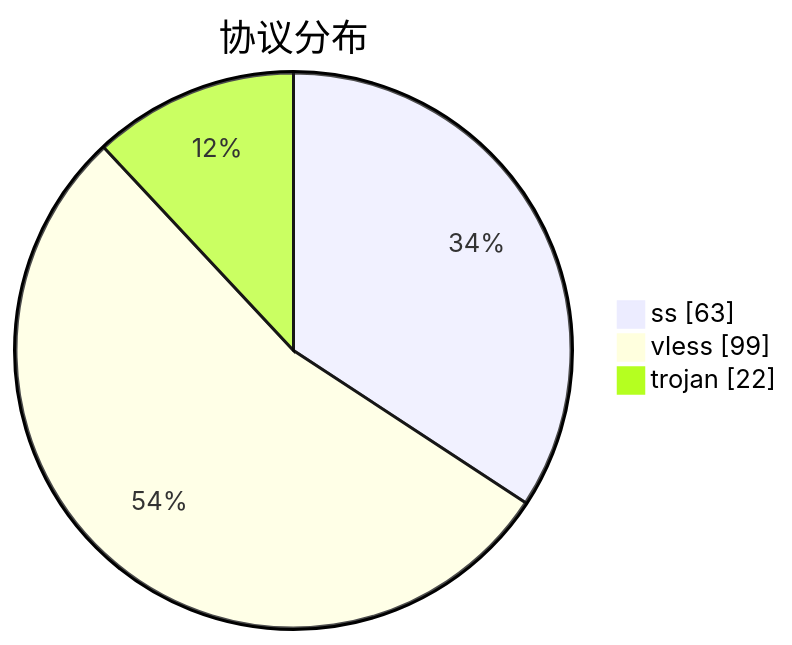
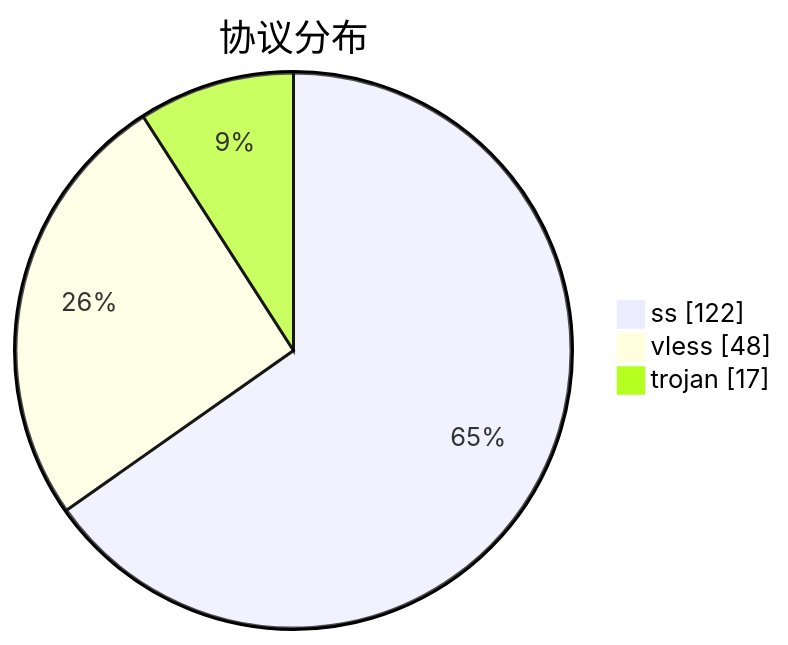
Before and after one commit to qjlxg/airport: the third of 3 diagrams in subs/statistics/tested_within.md, drawn with Mermaid. The commit also changed other lines of this file and 2 other files, not shown here.

````diff
--- a/subs/statistics/tested_within.md
+++ b/subs/statistics/tested_within.md
@@ -30,7 +29,7 @@
 ```mermaid
 pie showData
 title 协议分布
-"ss" : 63
-"vless" : 99
-"trojan" : 22
+"ss" : 122
+"vless" : 48
+"trojan" : 17
 ```
````
